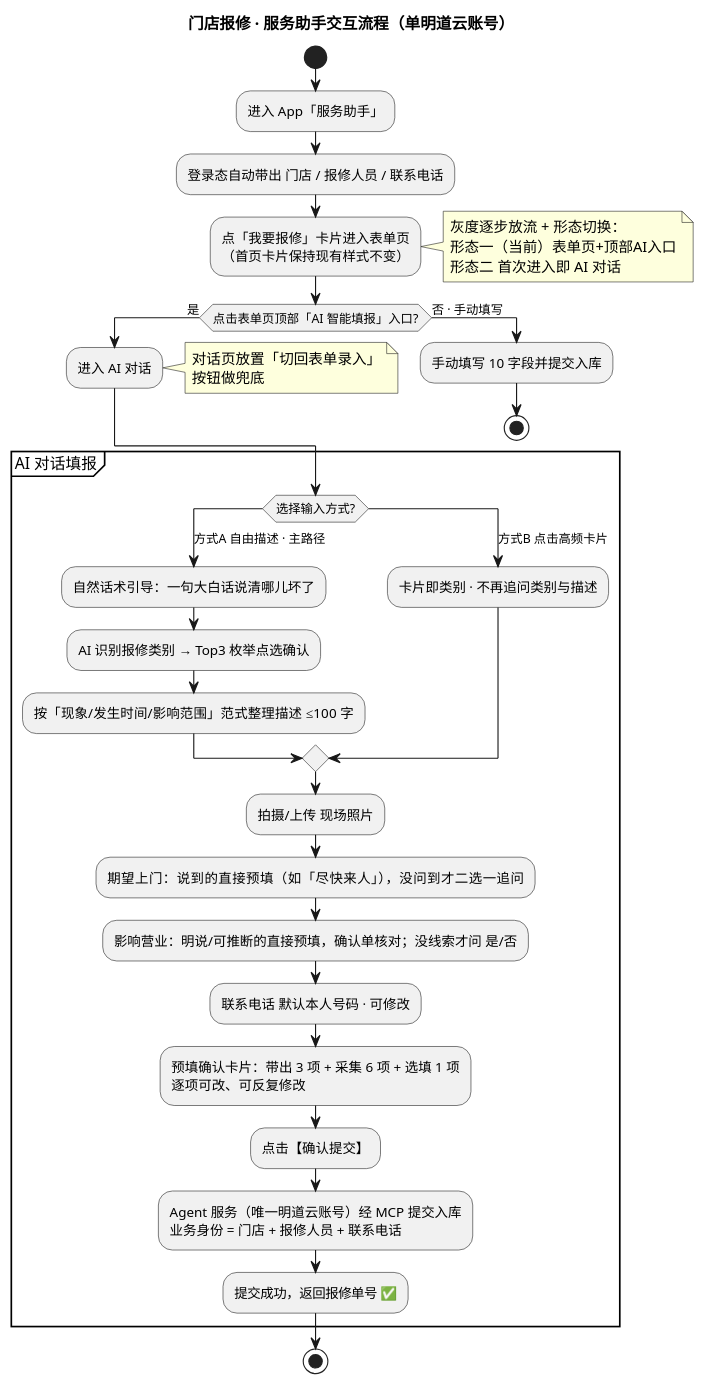
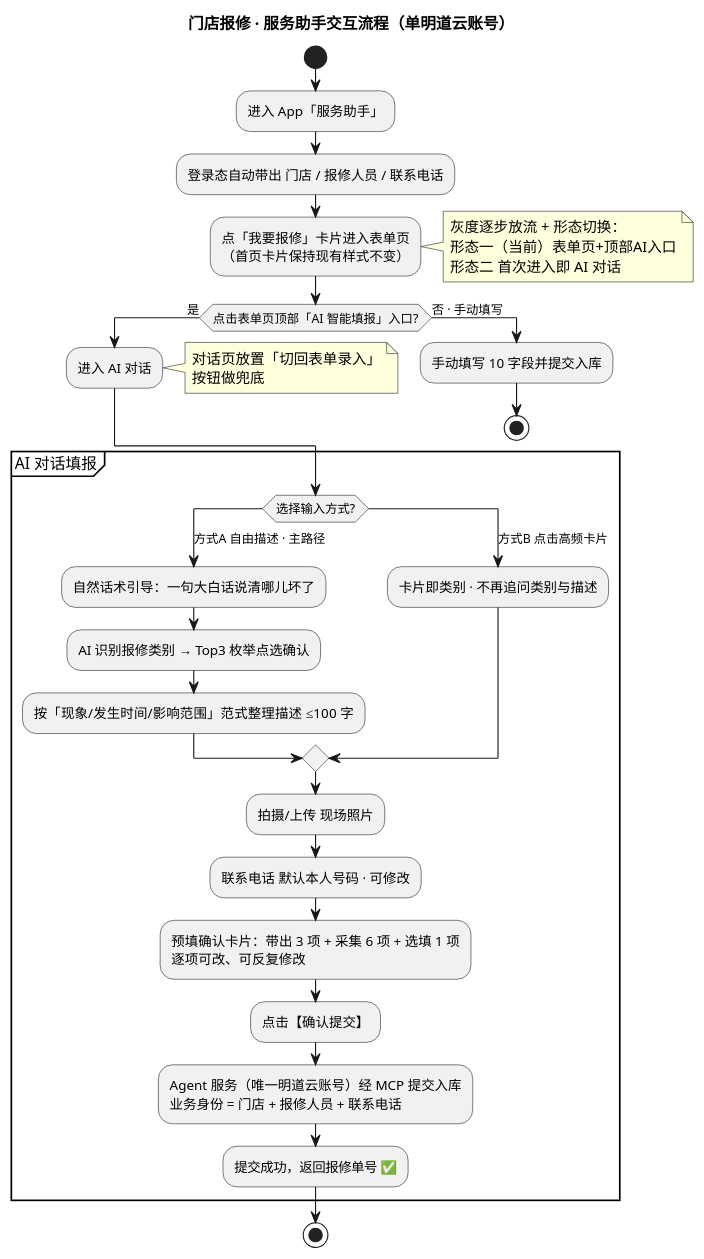
The diagram in src/main/hotmaxx/需求点/输入优化/产品/产品交互流程图.puml (bai876939716/my_doc), drawn with PlantUML before and after one commit. The commit also changed 28 other files, not shown here.

```diff
--- a/src/main/hotmaxx/需求点/输入优化/产品/产品交互流程图.puml
+++ b/src/main/hotmaxx/需求点/输入优化/产品/产品交互流程图.puml
@@ -1,47 +1,45 @@
 @startuml 产品交互流程图
 title 门店报修 · 服务助手交互流程（单明道云账号）
 
 start
 :进入 App「服务助手」;
 :登录态自动带出 门店 / 报修人员 / 联系电话;
 :点「我要报修」卡片进入表单页
 （首页卡片保持现有样式不变）;
 note right
   灰度逐步放流 + 形态切换：
   形态一（当前）表单页+顶部AI入口
   形态二 首次进入即 AI 对话
 end note
 
 if (点击表单页顶部「AI 智能填报」入口?) then (是)
   :进入 AI 对话;
   note right
     对话页放置「切回表单录入」
     按钮做兜底
   end note
 else (否 · 手动填写)
   :手动填写 10 字段并提交入库;
   stop
 endif
 
 partition "AI 对话填报" {
   switch (选择输入方式?)
   case (方式A 自由描述 · 主路径)
     :自然话术引导：一句大白话说清哪儿坏了;
     :AI 识别报修类别 → Top3 枚举点选确认;
     :按「现象/发生时间/影响范围」范式整理描述 ≤100 字;
   case (方式B 点击高频卡片)
     :卡片即类别 · 不再追问类别与描述;
   endswitch
   :拍摄/上传 现场照片;
-  :期望上门：说到的直接预填（如「尽快来人」），没问到才二选一追问;
-  :影响营业：明说/可推断的直接预填，确认单核对；没线索才问 是/否;
-  :联系电话 默认本人号码 · 可修改;
+    :联系电话 默认本人号码 · 可修改;
   :预填确认卡片：带出 3 项 + 采集 6 项 + 选填 1 项
   逐项可改、可反复修改;
   :点击【确认提交】;
   :Agent 服务（唯一明道云账号）经 MCP 提交入库
   业务身份 = 门店 + 报修人员 + 联系电话;
   :提交成功，返回报修单号 ✅;
 }
 stop
 @enduml
```
